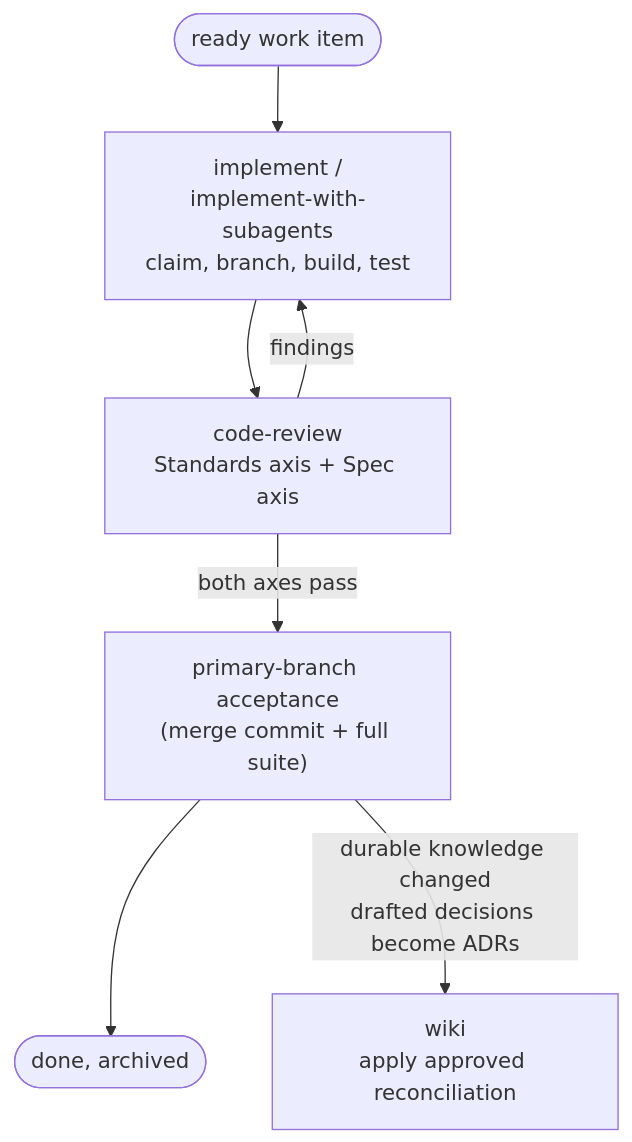
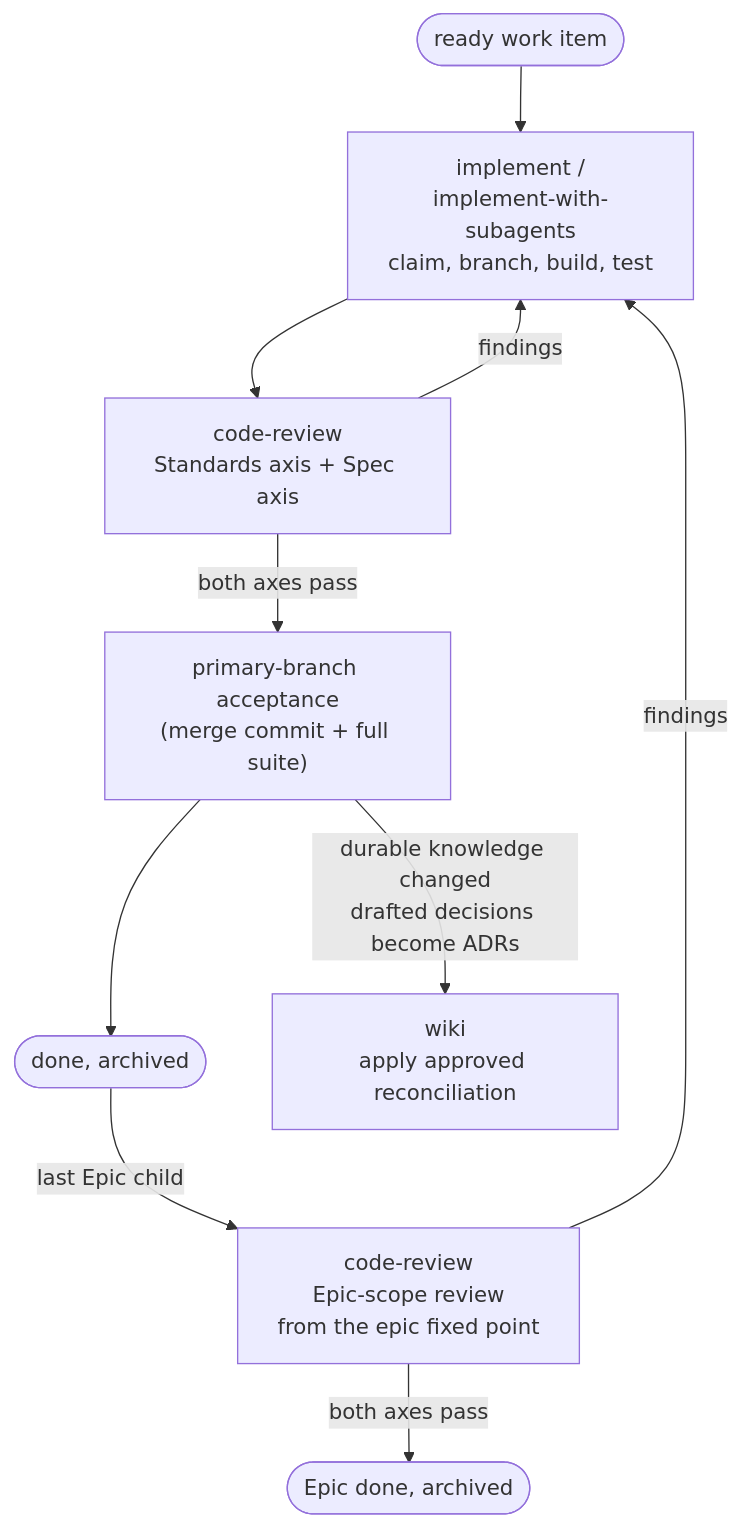
The third of 4 diagrams in README.md (beeltec/skills), drawn with Mermaid before and after one commit. The commit also changed other lines of this file and 3 other files, not shown here.

First line of the commit message:
feat(skills): review the composed Epic before closure

````diff
--- a/README.md
+++ b/README.md
@@ -59,9 +59,12 @@
 ```mermaid
 flowchart TD
     RDY(["ready work item"]) --> IMP
     IMP["implement /<br/>implement-with-subagents<br/>claim, branch, build, test"] --> CR
     CR["code-review<br/>Standards axis + Spec axis"] -->|findings| IMP
     CR -->|both axes pass| ACC["primary-branch acceptance<br/>(merge commit + full suite)"]
     ACC --> DONE(["done, archived"])
+    DONE -->|last Epic child| ECR["code-review<br/>Epic-scope review<br/>from the epic fixed point"]
+    ECR -->|findings| IMP
+    ECR -->|both axes pass| ECL(["Epic done, archived"])
     ACC -->|durable knowledge changed<br/>drafted decisions become ADRs| WK["wiki<br/>apply approved reconciliation"]
 ```
````
